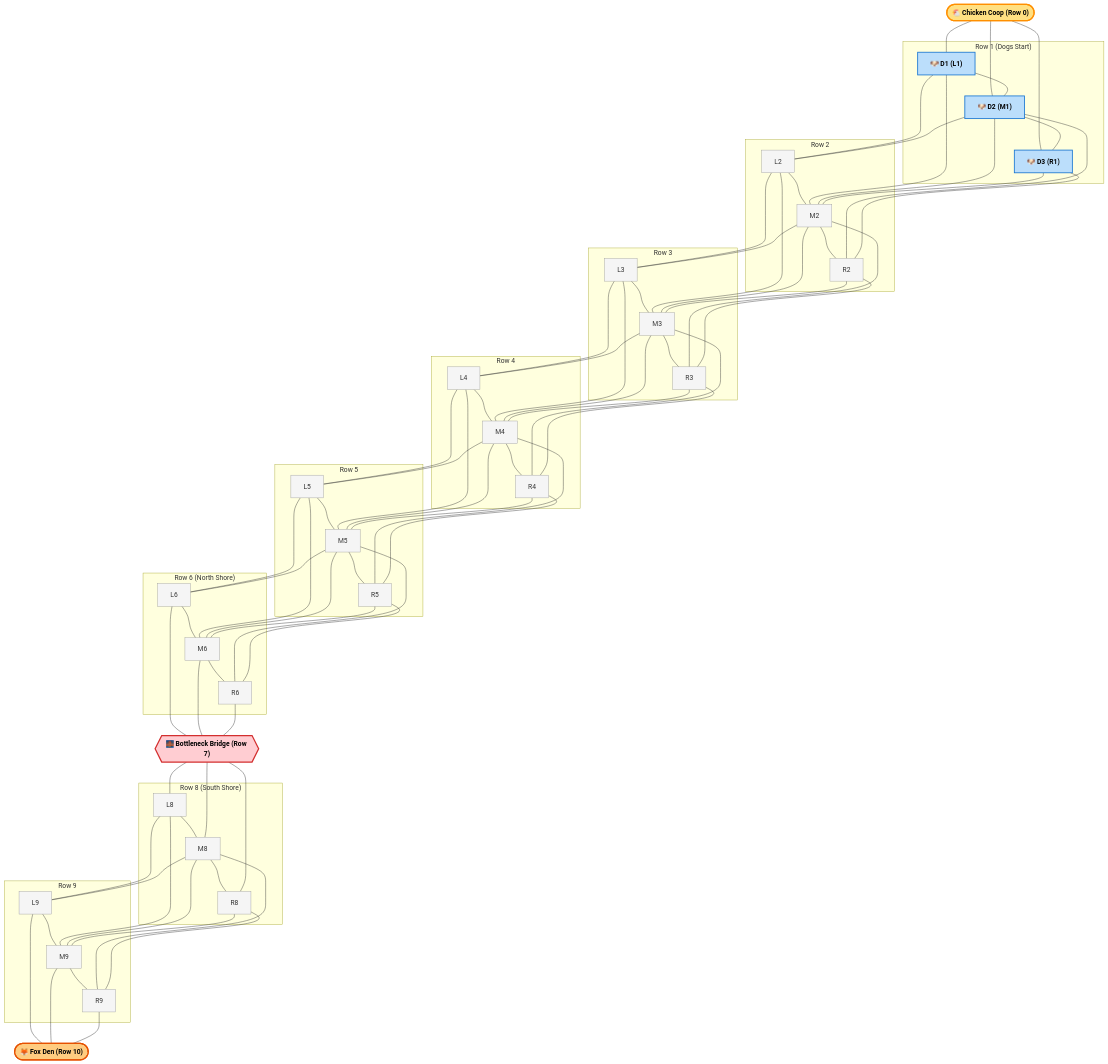
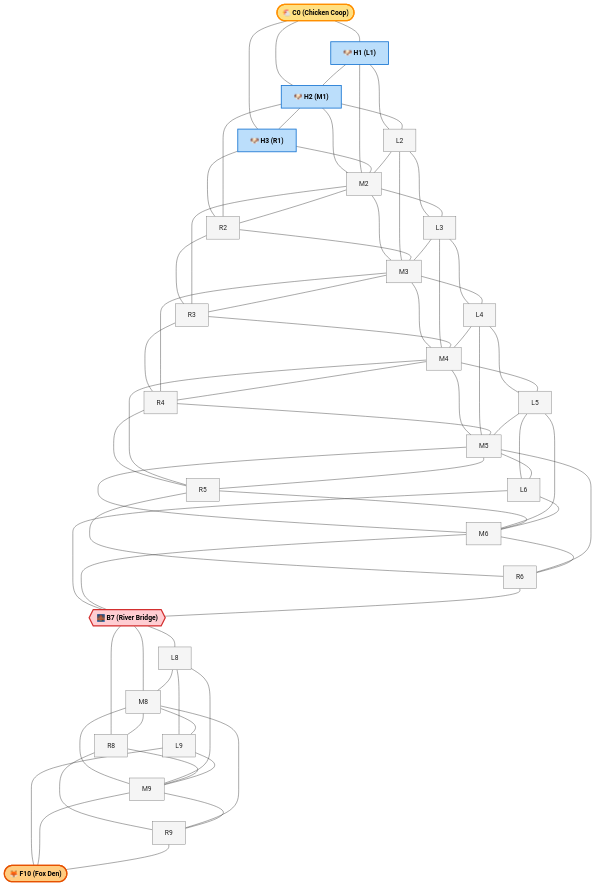
The diagram in README.md (denisglotov/fox-and-hounds), drawn with Mermaid before and after one commit. The commit also changed other lines of this file, not shown here.

Commit message:
graph update

````diff
--- a/README.md
+++ b/README.md
@@ -56,131 +56,134 @@
 ```mermaid
-flowchart TD
-    %% Styling Classes
+graph TD
+    %% Styling
     classDef coop fill:#ffe082,stroke:#ff8f00,stroke-width:3px,color:#000,font-weight:bold;
-    classDef dog fill:#bbdefb,stroke:#1976d2,stroke-width:2px,color:#000,font-weight:bold;
+    classDef hound fill:#bbdefb,stroke:#1976d2,stroke-width:2px,color:#000,font-weight:bold;
     classDef bridge fill:#ffcdd2,stroke:#d32f2f,stroke-width:3px,color:#000,font-weight:bold;
     classDef fox fill:#ffcc80,stroke:#e65100,stroke-width:3px,color:#000,font-weight:bold;
-    classDef field fill:#f5f5f5,stroke:#9e9e9e,stroke-width:1px,color:#333;
+    classDef field fill:#f5f5f5,stroke:#757575,stroke-width:1px,color:#212121;
 
     %% Row 0: Chicken Coop
-    C0(["🐔 Chicken Coop (Row 0)"]):::coop
+    C0(["🐔 C0 (Chicken Coop)"]):::coop
 
-    %% Row 1: Dogs Starting Positions
-    subgraph Row_1 ["Row 1 (Dogs Start)"]
-        D1["🐶 D1 (L1)"]:::dog
-        D2["🐶 D2 (M1)"]:::dog
-        D3["🐶 D3 (R1)"]:::dog
-    end
+    %% Row 1: Hounds Start
+    H1["🐶 H1 (L1)"]:::hound
+    H2["🐶 H2 (M1)"]:::hound
+    H3["🐶 H3 (R1)"]:::hound
 
     %% Rows 2 to 6: North Fields
-    subgraph Row_2 ["Row 2"]
-        L2["L2"]:::field --- M2["M2"]:::field --- R2["R2"]:::field
-    end
+    L2["L2"]:::field
+    M2["M2"]:::field
+    R2["R2"]:::field
 
-    subgraph Row_3 ["Row 3"]
-        L3["L3"]:::field --- M3["M3"]:::field --- R3["R3"]:::field
-    end
+    L3["L3"]:::field
+    M3["M3"]:::field
+    R3["R3"]:::field
 
-    subgraph Row_4 ["Row 4"]
-        L4["L4"]:::field --- M4["M4"]:::field --- R4["R4"]:::field
-    end
+    L4["L4"]:::field
+    M4["M4"]:::field
+    R4["R4"]:::field
 
-    subgraph Row_5 ["Row 5"]
-        L5["L5"]:::field --- M5["M5"]:::field --- R5["R5"]:::field
-    end
+    L5["L5"]:::field
+    M5["M5"]:::field
+    R5["R5"]:::field
 
-    subgraph Row_6 ["Row 6 (North Shore)"]
-        L6["L6"]:::field --- M6["M6"]:::field --- R6["R6"]:::field
-    end
+    L6["L6"]:::field
+    M6["M6"]:::field
+    R6["R6"]:::field
 
-    %% Row 7: River Bottleneck
-    B7{{"🌉 Bottleneck Bridge (Row 7)"}}:::bridge
+    %% Row 7: Bottleneck Bridge
+    B7{{"🌉 B7 (River Bridge)"}}:::bridge
 
     %% Rows 8 & 9: South Fields
-    subgraph Row_8 ["Row 8 (South Shore)"]
-        L8["L8"]:::field --- M8["M8"]:::field --- R8["R8"]:::field
-    end
+    L8["L8"]:::field
+    M8["M8"]:::field
+    R8["R8"]:::field
 
-    subgraph Row_9 ["Row 9"]
-        L9["L9"]:::field --- M9["M9"]:::field --- R9["R9"]:::field
-    end
+    L9["L9"]:::field
+    M9["M9"]:::field
+    R9["R9"]:::field
 
     %% Row 10: Fox Start
-    F10(["🦊 Fox Den (Row 10)"]):::fox
+    F10(["🦊 F10 (Fox Den)"]):::fox
 
     %% Row 0 <-> Row 1 Connections
-    C0 --- D1
-    C0 --- D2
-    C0 --- D3
+    C0 --- H1
+    C0 --- H2
+    C0 --- H3
 
-    %% Row 1 Internal Horizontal
-    D1 --- D2 --- D3
+    %% Row 1 (Horizontal + Connections to Row 2)
+    H1 --- H2 --- H3
+    H1 --- L2
+    H2 --- M2
+    H3 --- R2
+    H1 --- M2
+    H3 --- M2
+    H2 --- L2
+    H2 --- R2
 
-    %% Row 1 <-> Row 2 Connections
-    D1 --- L2
-    D1 --- M2
-    D2 --- L2
-    D2 --- M2
-    D2 --- R2
-    D3 --- M2
-    D3 --- R2
+    %% Row 2 (Horizontal + Connections to Row 3)
+    L2 --- M2 --- R2
+    L2 --- L3
+    M2 --- M3
+    R2 --- R3
+    L2 --- M3
+    R2 --- M3
+    M2 --- L3
+    M2 --- R3
 
-    %% Row 2 <-> Row 3 Connections
-    L2 --- L3
-    L2 --- M3
-    M2 --- L3
-    M2 --- M3
-    M2 --- R3
-    R2 --- M3
-    R2 --- R3
+    %% Row 3 (Horizontal + Connections to Row 4)
+    L3 --- M3 --- R3
+    L3 --- L4
+    M3 --- M4
+    R3 --- R4
+    L3 --- M4
+    R3 --- M4
+    M3 --- L4
+    M3 --- R4
 
-    %% Row 3 <-> Row 4 Connections
-    L3 --- L4
-    L3 --- M4
-    M3 --- L4
-    M3 --- M4
-    M3 --- R4
-    R3 --- M4
-    R3 --- R4
+    %% Row 4 (Horizontal + Connections to Row 5)
+    L4 --- M4 --- R4
+    L4 --- L5
+    M4 --- M5
+    R4 --- R5
+    L4 --- M5
+    R4 --- M5
+    M4 --- L5
+    M4 --- R5
 
-    %% Row 4 <-> Row 5 Connections
-    L4 --- L5
-    L4 --- M5
-    M4 --- L5
-    M4 --- M5
-    M4 --- R5
-    R4 --- M5
-    R4 --- R5
+    %% Row 5 (Horizontal + Connections to Row 6)
+    L5 --- M5 --- R5
+    L5 --- L6
+    M5 --- M6
+    R5 --- R6
+    L5 --- M6
+    R5 --- M6
+    M5 --- L6
+    M5 --- R6
 
-    %% Row 5 <-> Row 6 Connections
-    L5 --- L6
-    L5 --- M6
-    M5 --- L6
-    M5 --- M6
-    M5 --- R6
-    R5 --- M6
-    R5 --- R6
-
-    %% Row 6 <-> Row 7 (Bottleneck Bridge)
+    %% Row 6 (Horizontal + Connections to Row 7 Bridge)
+    L6 --- M6 --- R6
     L6 --- B7
     M6 --- B7
     R6 --- B7
 
-    %% Row 7 (Bottleneck Bridge) <-> Row 8
+    %% Row 7 Bridge <-> Row 8
     B7 --- L8
     B7 --- M8
     B7 --- R8
 
-    %% Row 8 <-> Row 9 Connections
+    %% Row 8 (Horizontal + Connections to Row 9)
+    L8 --- M8 --- R8
     L8 --- L9
+    M8 --- M9
+    R8 --- R9
     L8 --- M9
+    R8 --- M9
     M8 --- L9
-    M8 --- M9
     M8 --- R9
-    R8 --- M9
-    R8 --- R9
 
-    %% Row 9 <-> Row 10 (Fox Start)
+    %% Row 9 (Horizontal + Connections to Row 10 Fox)
+    L9 --- M9 --- R9
     L9 --- F10
     M9 --- F10
     R9 --- F10
````
